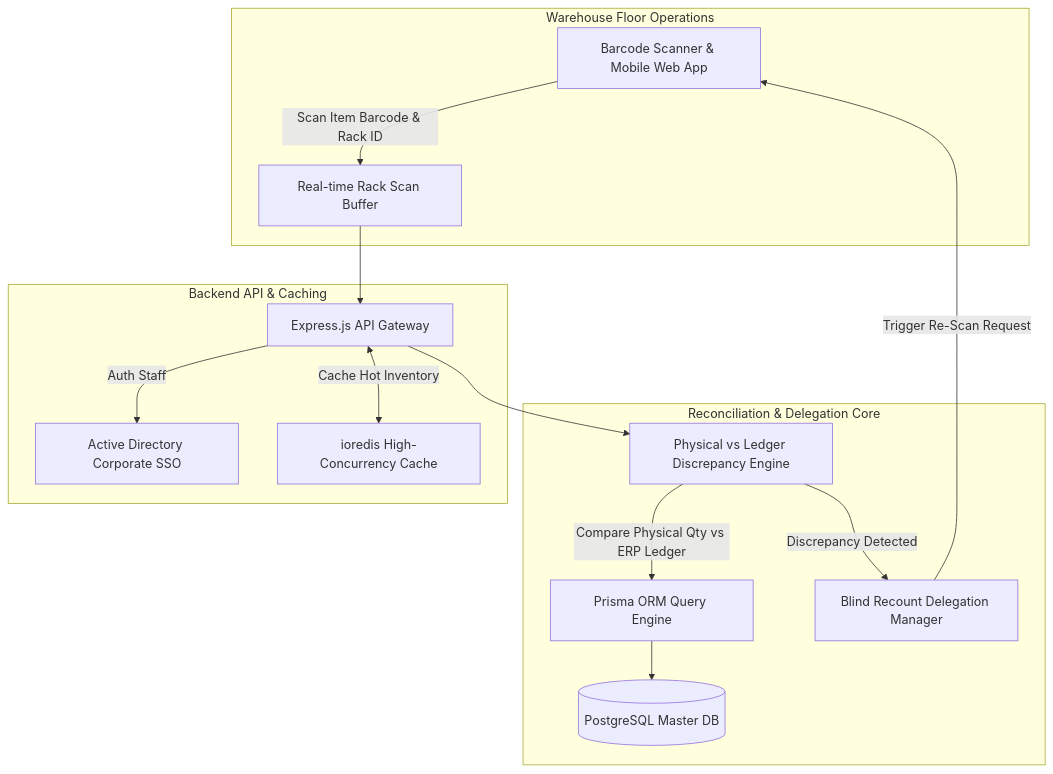
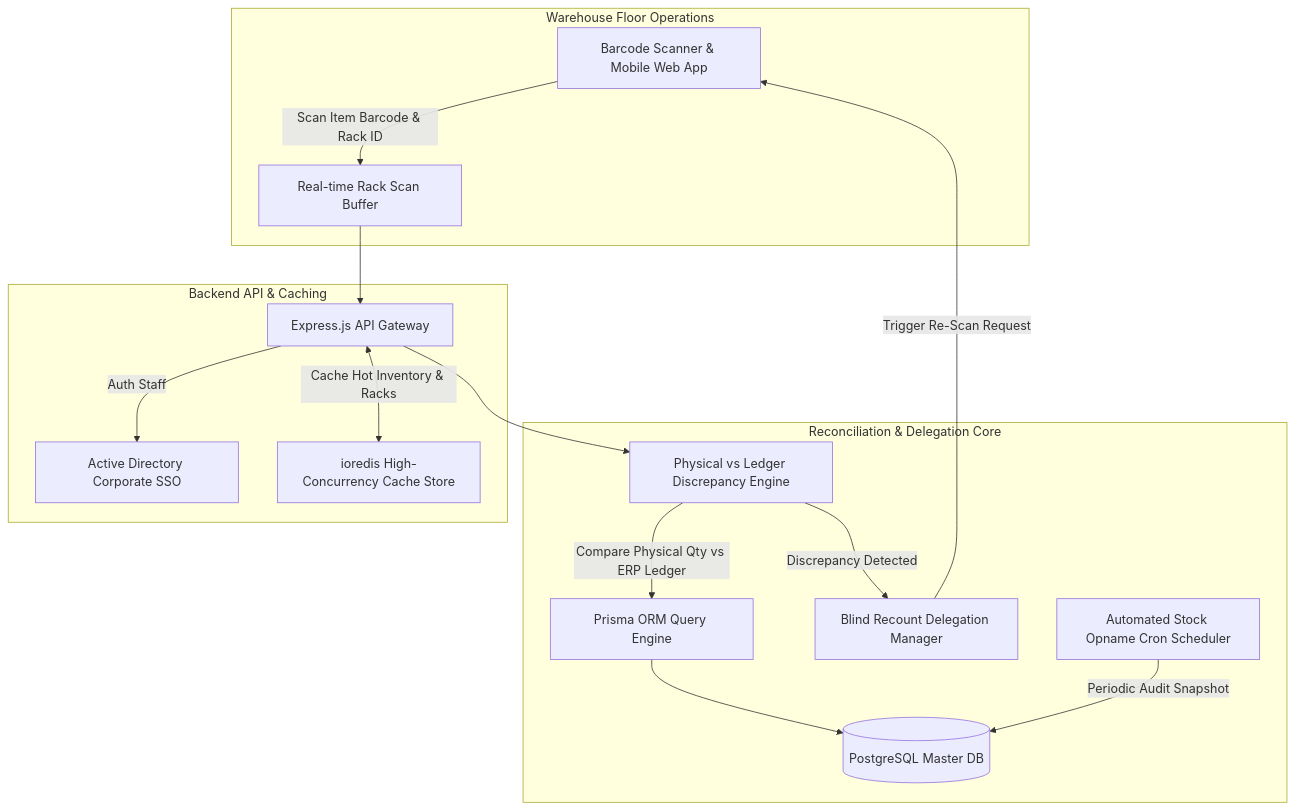
The sixth of 6 diagrams in README.md (Ham144/Ham144), drawn with Mermaid before and after one commit. The commit also changed other lines of this file, not shown here.

Commit message:
docs: deep architectural upgrade for all 6 projects - WQMS RedisIoAdapter, Super POS promo engine & crons, Spaced Retention LLM mode, Inventory Audit ioredis

````diff
--- a/README.md
+++ b/README.md
@@ -433,30 +441,32 @@
 ```mermaid
 graph TB
     subgraph Warehouse_Floor["Warehouse Floor Operations"]
         BarcodeScanner["Barcode Scanner & Mobile Web App"]
         ScanBuffer["Real-time Rack Scan Buffer"]
     end
 
     subgraph Reconciliation_Gateway["Backend API & Caching"]
         ExpressGateway["Express.js API Gateway"]
-        RedisCache["ioredis High-Concurrency Cache"]
+        RedisCache["ioredis High-Concurrency Cache Store"]
         LDAP["Active Directory Corporate SSO"]
     end
 
     subgraph Discrepancy_Engine["Reconciliation & Delegation Core"]
         PrismaORM["Prisma ORM Query Engine"]
         DiscrepancyCalc["Physical vs Ledger Discrepancy Engine"]
         DelegationWorkflow["Blind Recount Delegation Manager"]
+        OpnameCron["Automated Stock Opname Cron Scheduler"]
         Postgres[(PostgreSQL Master DB)]
     end
 
     BarcodeScanner -->|Scan Item Barcode & Rack ID| ScanBuffer
     ScanBuffer --> ExpressGateway
     ExpressGateway -->|Auth Staff| LDAP
-    ExpressGateway <-->|Cache Hot Inventory| RedisCache
+    ExpressGateway <-->|Cache Hot Inventory & Racks| RedisCache
     ExpressGateway --> DiscrepancyCalc
     DiscrepancyCalc -->|Compare Physical Qty vs ERP Ledger| PrismaORM
     PrismaORM --> Postgres
     DiscrepancyCalc -->|Discrepancy Detected| DelegationWorkflow
     DelegationWorkflow -->|Trigger Re-Scan Request| BarcodeScanner
+    OpnameCron -->|Periodic Audit Snapshot| Postgres
 ```
````
